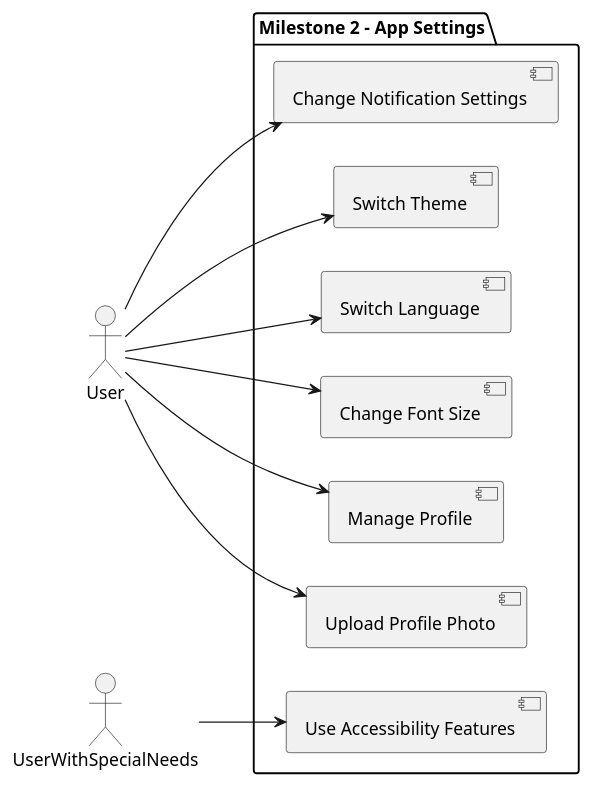
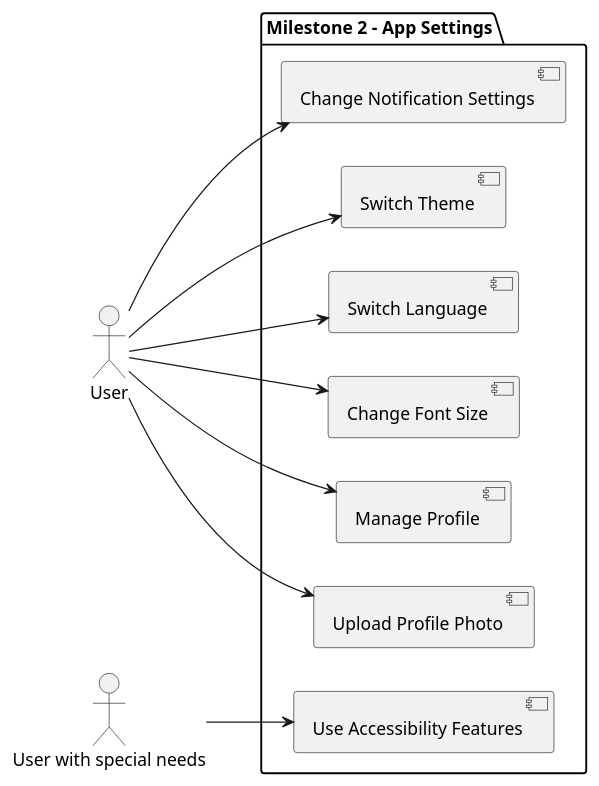
The diagram in fdd/use-case-diagram/milestone_2.puml (Windesheim-AI/UML-diagrams), drawn with PlantUML before and after one commit. The commit also changed 5 other files, not shown here.

Commit message:
feat: :memo: Update use case diagrams

```diff
--- a/fdd/use-case-diagram/milestone_2.puml
+++ b/fdd/use-case-diagram/milestone_2.puml
@@ -1,25 +1,25 @@
 @startuml
 left to right direction
 
-actor User as U
-actor UserWithSpecialNeeds as USN
+actor User as User
+actor UserWithSpecialNeeds as "User with special needs"
 
 package "Milestone 2 - App Settings" {
     [Switch Theme] as ST
     [Switch Language] as SL
     [Change Font Size] as CFS
     [Manage Profile] as MP
     [Upload Profile Photo] as UPP
     [Use Accessibility Features] as UAF
     [Change Notification Settings] as CNS
 }
 
-U --> ST
-U --> SL
-U --> CFS
-U --> MP
-U --> UPP
-USN --> UAF
-U --> CNS
+User --> ST
+User --> SL
+User --> CFS
+User --> MP
+User --> UPP
+UserWithSpecialNeeds --> UAF
+User --> CNS
 
 @enduml
```
